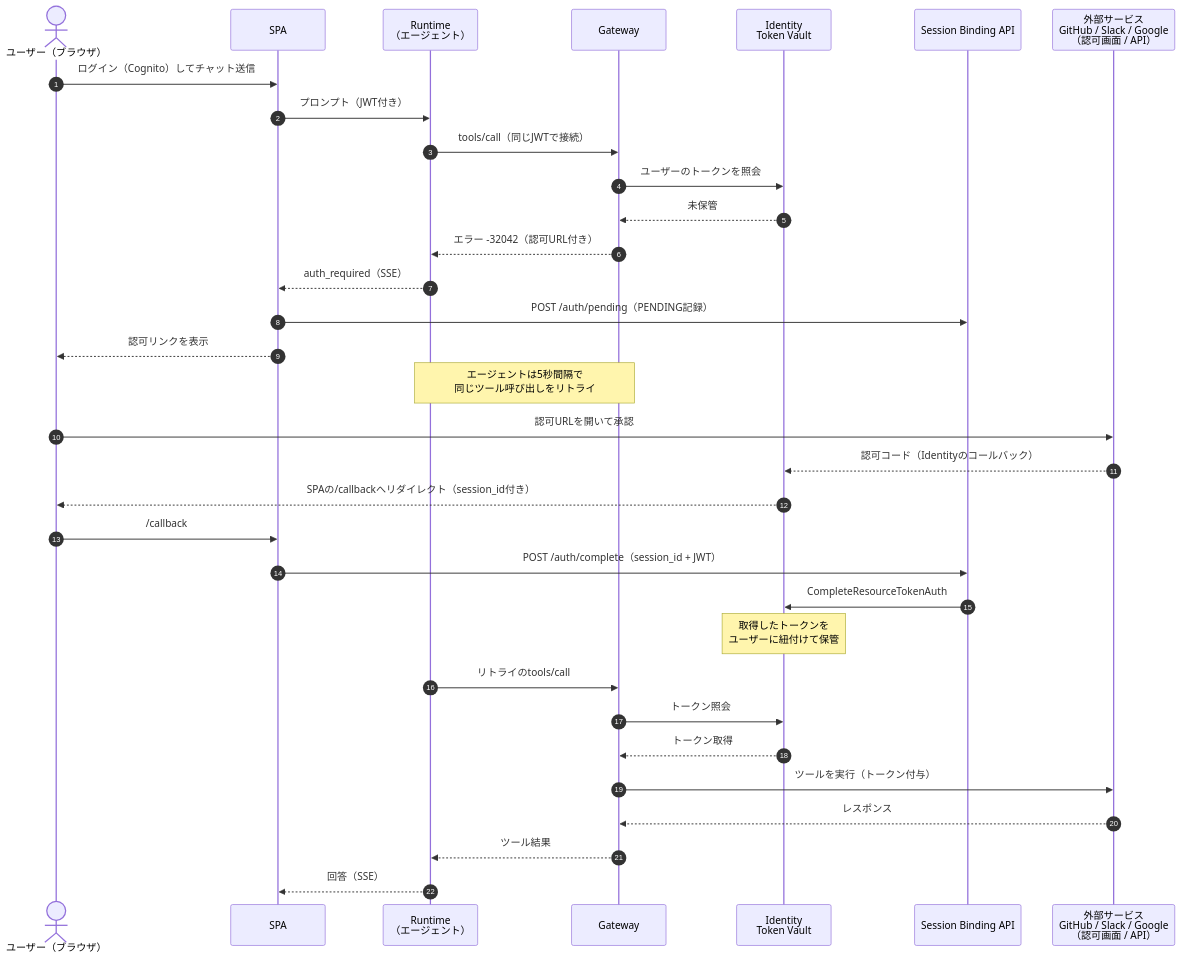
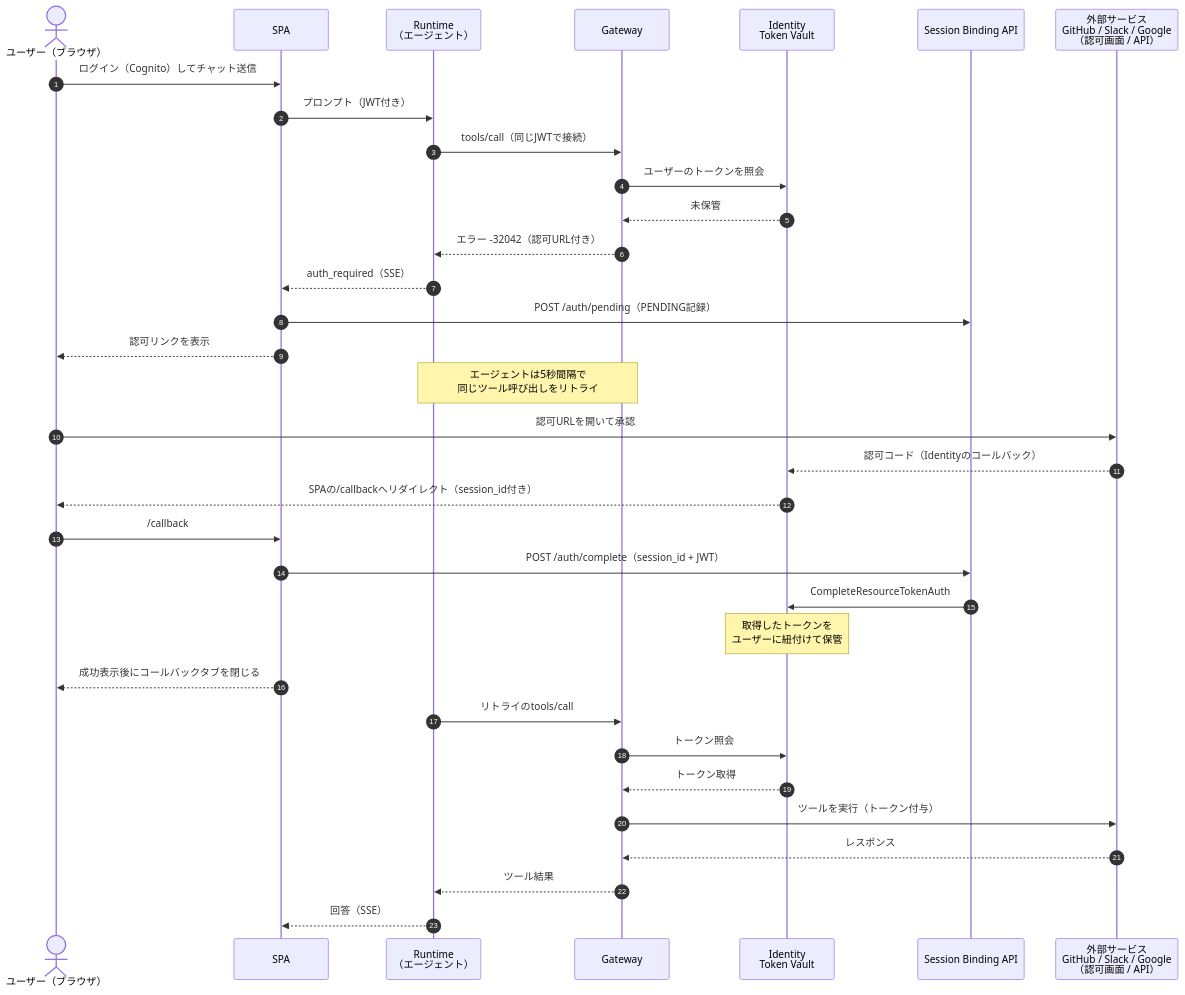
Before and after one commit to yuu551/agentcore-gateway-3lo: the first of 4 diagrams in docs/architecture.md, drawn with Mermaid. The commit also changed other lines of this file and 30 other files, not shown here.

````diff
--- a/docs/architecture.md
+++ b/docs/architecture.md
@@ -9,36 +9,37 @@
 ```mermaid
 sequenceDiagram
     autonumber
     actor U as ユーザー（ブラウザ）
     participant SPA as SPA
     participant RT as Runtime<br/>（エージェント）
     participant GW as Gateway
     participant ID as Identity<br/>Token Vault
     participant SB as Session Binding API
     participant GH as 外部サービス<br/>GitHub / Slack / Google<br/>（認可画面 / API）
 
     U->>SPA: ログイン（Cognito）してチャット送信
     SPA->>RT: プロンプト（JWT付き）
     RT->>GW: tools/call（同じJWTで接続）
     GW->>ID: ユーザーのトークンを照会
     ID-->>GW: 未保管
     GW-->>RT: エラー -32042（認可URL付き）
     RT-->>SPA: auth_required（SSE）
     SPA->>SB: POST /auth/pending（PENDING記録）
     SPA-->>U: 認可リンクを表示
     Note over RT,GW: エージェントは5秒間隔で<br/>同じツール呼び出しをリトライ
     U->>GH: 認可URLを開いて承認
     GH-->>ID: 認可コード（Identityのコールバック）
     ID-->>U: SPAの/callbackへリダイレクト（session_id付き）
     U->>SPA: /callback
     SPA->>SB: POST /auth/complete（session_id + JWT）
     SB->>ID: CompleteResourceTokenAuth
     Note over ID: 取得したトークンを<br/>ユーザーに紐付けて保管
+    SPA-->>U: 成功表示後にコールバックタブを閉じる
     RT->>GW: リトライのtools/call
     GW->>ID: トークン照会
     ID-->>GW: トークン取得
     GW->>GH: ツールを実行（トークン付与）
     GH-->>GW: レスポンス
     GW-->>RT: ツール結果
     RT-->>SPA: 回答（SSE）
 ```
````
